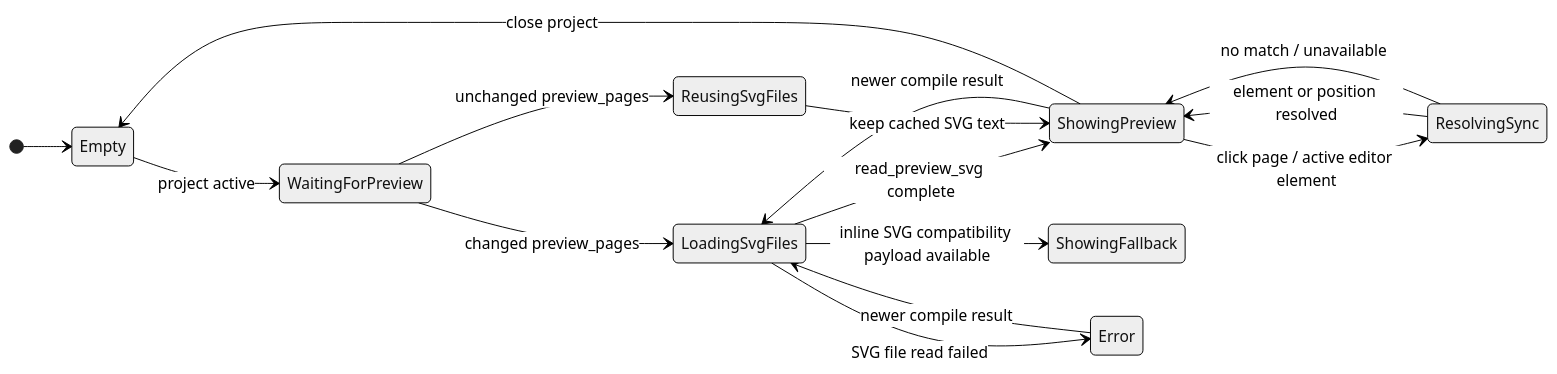
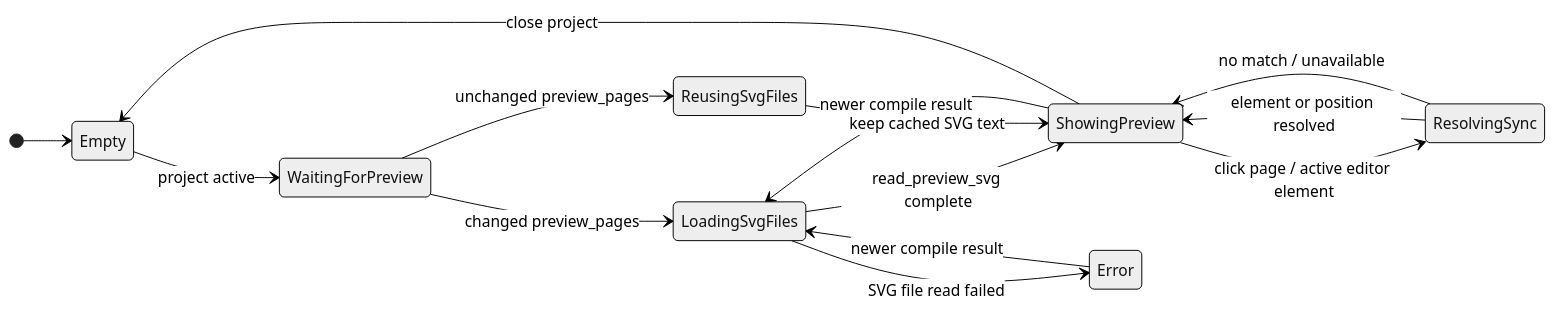
One commit to andmoreduro/ergo changed the fourth of 6 diagrams in context/state-diagrams.md. Above: the diagram before and after it, drawn with Mermaid (neutral theme). The commit also changed other lines of this file and 5 other files, not shown here.

First line of the commit message:
docs: refresh context design documents for current architecture

````diff
--- a/context/state-diagrams.md
+++ b/context/state-diagrams.md
@@ -110,19 +111,18 @@
 ```mermaid
 stateDiagram-v2
     direction LR
 
     [*] --> Empty
     Empty --> WaitingForPreview : project active
     WaitingForPreview --> LoadingSvgFiles : changed preview_pages
     WaitingForPreview --> ReusingSvgFiles : unchanged preview_pages
     LoadingSvgFiles --> ShowingPreview : read_preview_svg complete
     ReusingSvgFiles --> ShowingPreview : keep cached SVG text
-    LoadingSvgFiles --> ShowingFallback : inline SVG compatibility payload available
     LoadingSvgFiles --> Error : SVG file read failed
     ShowingPreview --> LoadingSvgFiles : newer compile result
     ShowingPreview --> ResolvingSync : click page / active editor element
     ResolvingSync --> ShowingPreview : element or position resolved
     ResolvingSync --> ShowingPreview : no match / unavailable
     Error --> LoadingSvgFiles : newer compile result
     ShowingPreview --> Empty : close project
 ```
````
